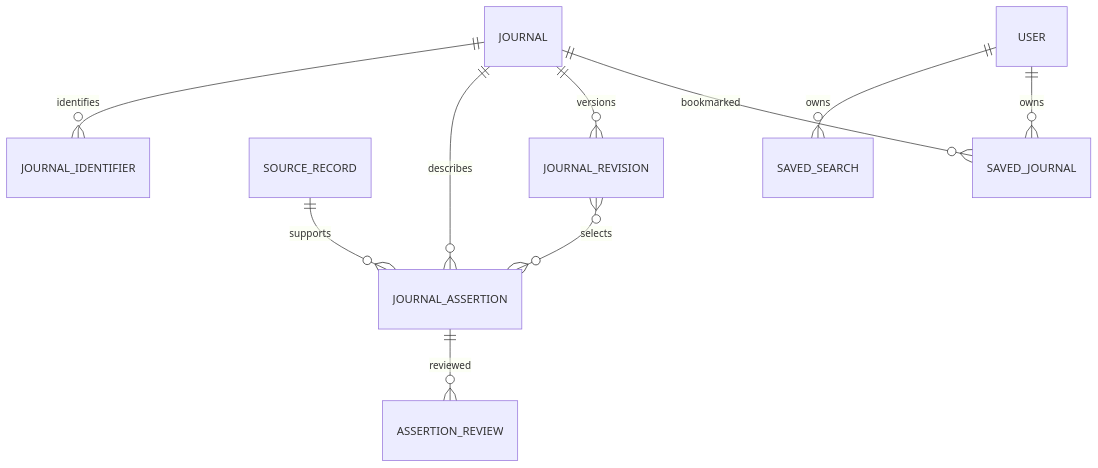
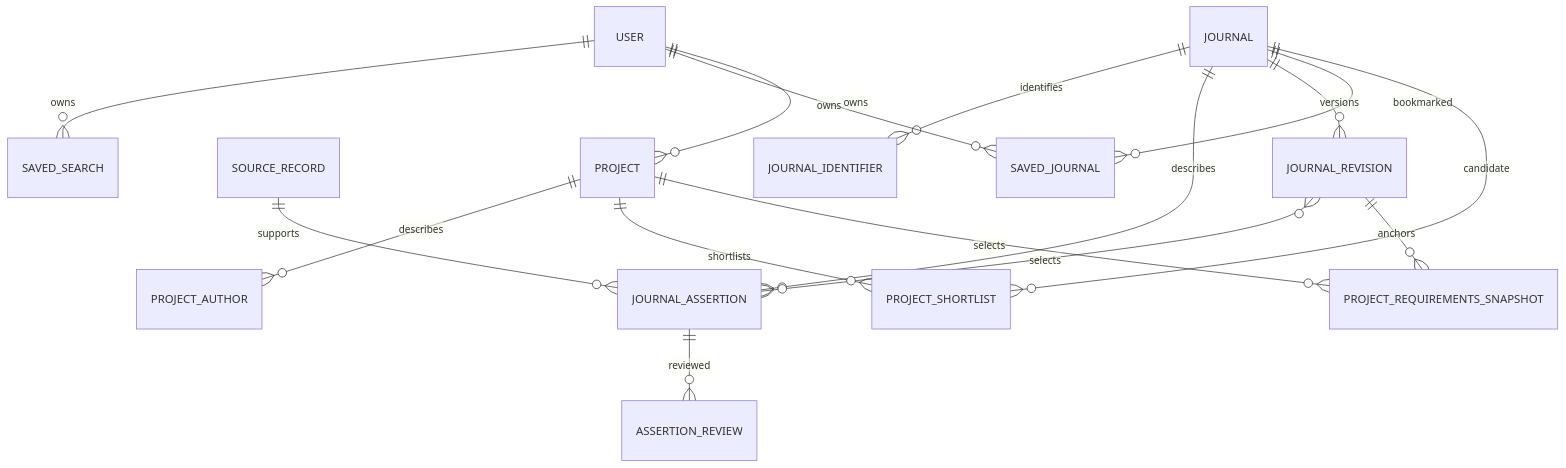
The diagram in docs/data/DATA-MODEL.md (GasyCoder/fikarohana), drawn with Mermaid before and after one commit. The commit also changed other lines of this file and 14 other files, not shown here.

````diff
--- a/docs/data/DATA-MODEL.md
+++ b/docs/data/DATA-MODEL.md
@@ -42,12 +68,18 @@
 ```mermaid
 erDiagram
     JOURNAL ||--o{ JOURNAL_IDENTIFIER : identifies
     JOURNAL ||--o{ JOURNAL_ASSERTION : describes
     SOURCE_RECORD ||--o{ JOURNAL_ASSERTION : supports
     JOURNAL_ASSERTION ||--o{ ASSERTION_REVIEW : reviewed
     JOURNAL ||--o{ JOURNAL_REVISION : versions
     JOURNAL_REVISION }o--o{ JOURNAL_ASSERTION : selects
     USER ||--o{ SAVED_SEARCH : owns
     USER ||--o{ SAVED_JOURNAL : owns
     JOURNAL ||--o{ SAVED_JOURNAL : bookmarked
+    USER ||--o{ PROJECT : owns
+    PROJECT ||--o{ PROJECT_AUTHOR : describes
+    PROJECT ||--o{ PROJECT_SHORTLIST : shortlists
+    JOURNAL ||--o{ PROJECT_SHORTLIST : candidate
+    PROJECT ||--o{ PROJECT_REQUIREMENTS_SNAPSHOT : selects
+    JOURNAL_REVISION ||--o{ PROJECT_REQUIREMENTS_SNAPSHOT : anchors
 ```
````
